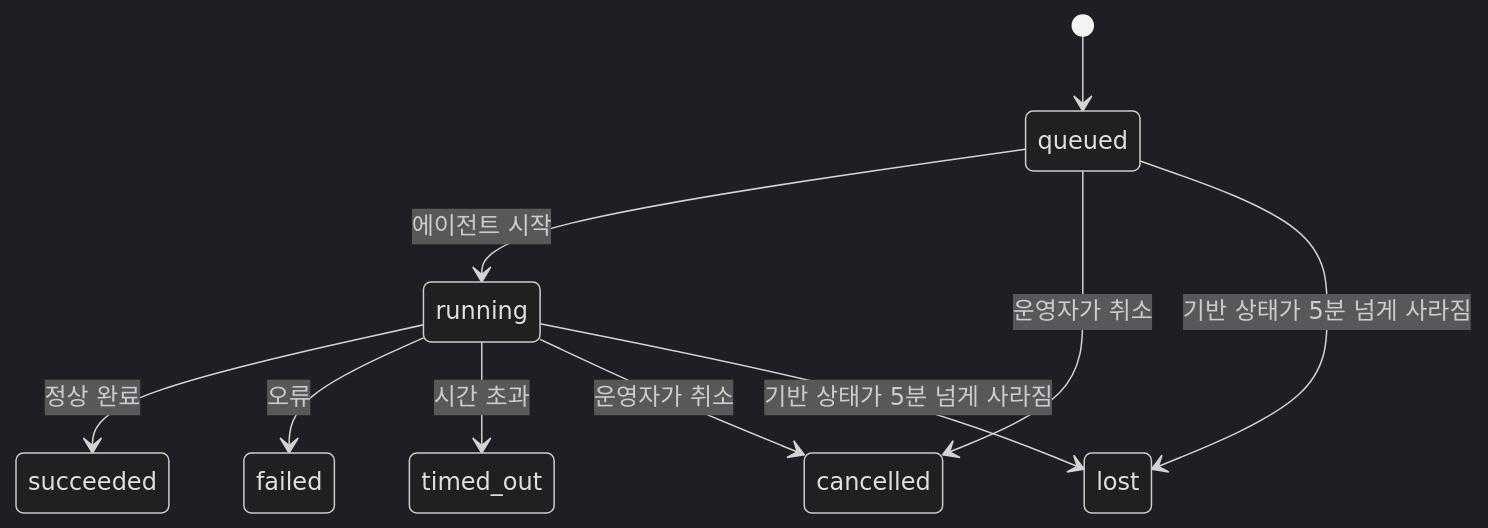
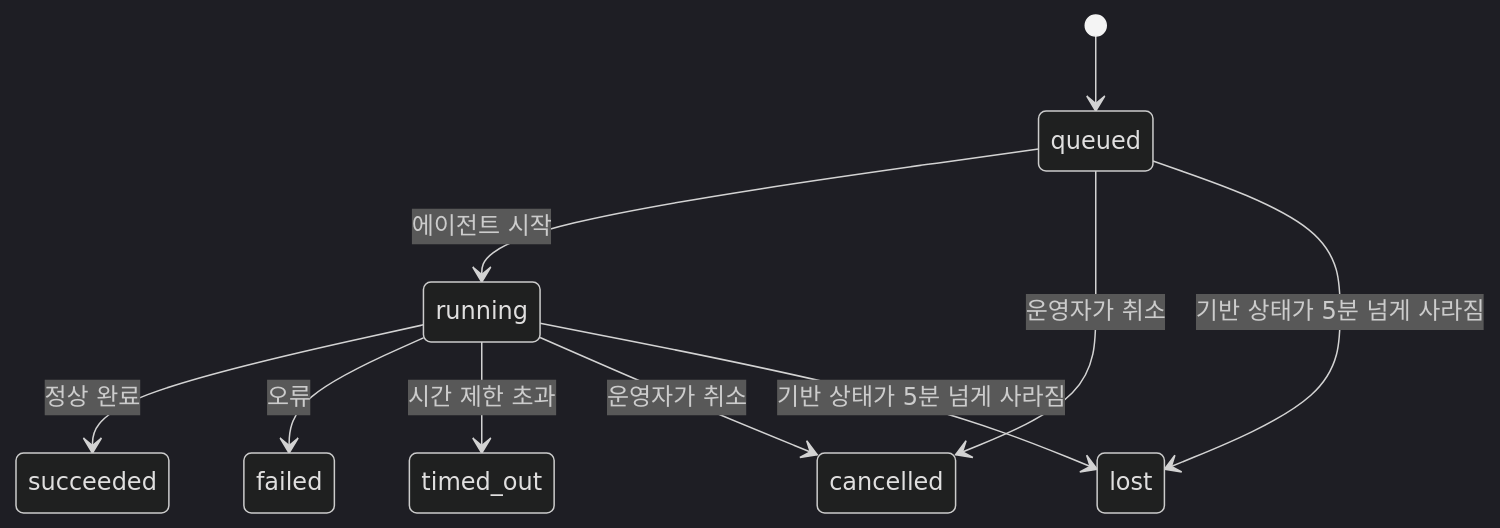
One commit to openclaw/docs changed the diagram in docs/ko/automation/tasks.md. Above: the diagram before and after it, drawn with Mermaid (dark theme). The commit also changed other lines of this file and 11240 other files, not shown here.

````diff
--- a/docs/ko/automation/tasks.md
+++ b/docs/ko/automation/tasks.md
@@ -126,12 +125,12 @@
 ```mermaid
 stateDiagram-v2
     [*] --> queued
     queued --> running : 에이전트 시작
     running --> succeeded : 정상 완료
     running --> failed : 오류
-    running --> timed_out : 시간 초과
+    running --> timed_out : 시간 제한 초과
     queued --> cancelled : 운영자가 취소
     running --> cancelled : 운영자가 취소
     queued --> lost : 기반 상태가 5분 넘게 사라짐
     running --> lost : 기반 상태가 5분 넘게 사라짐
 ```
````
